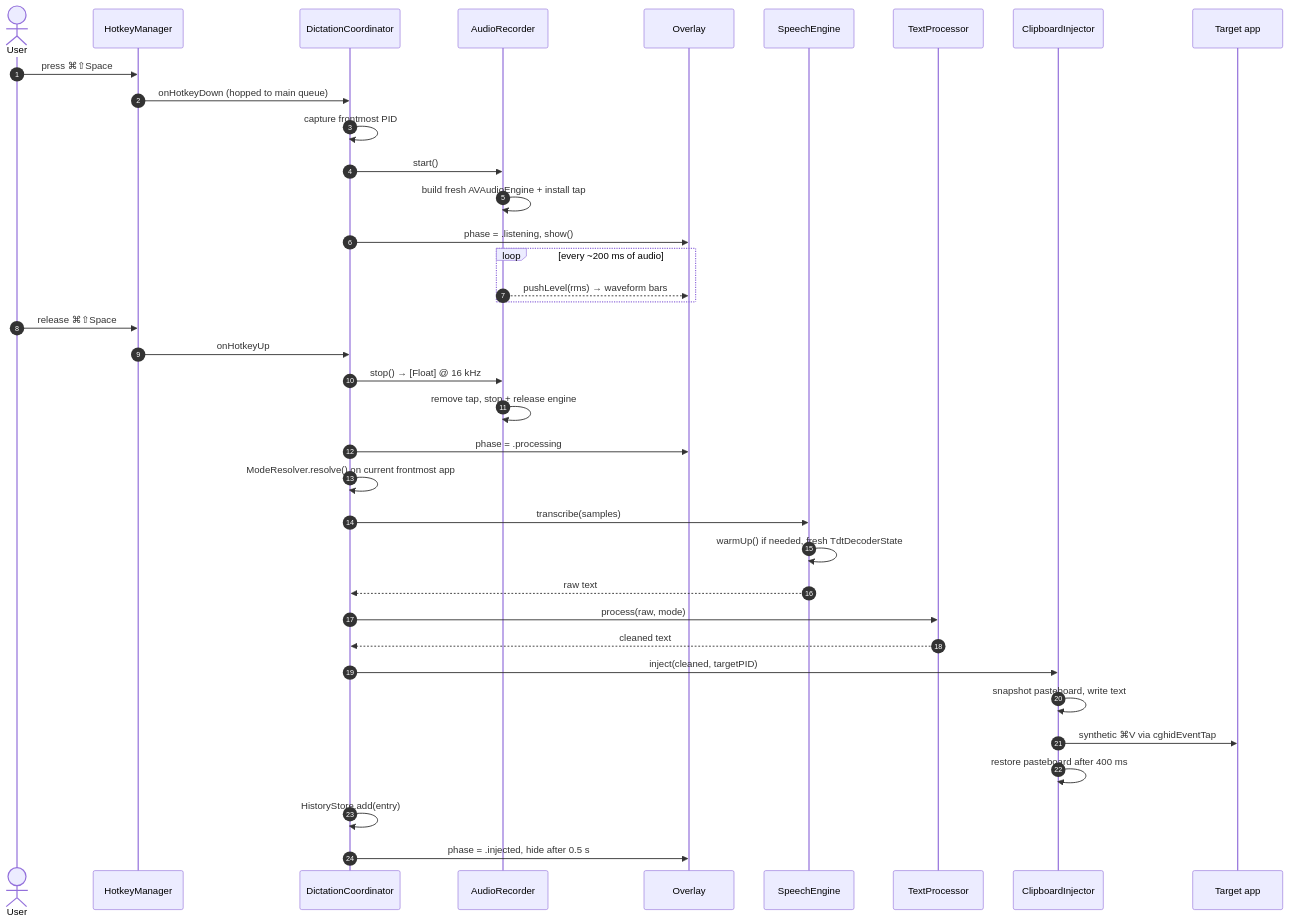
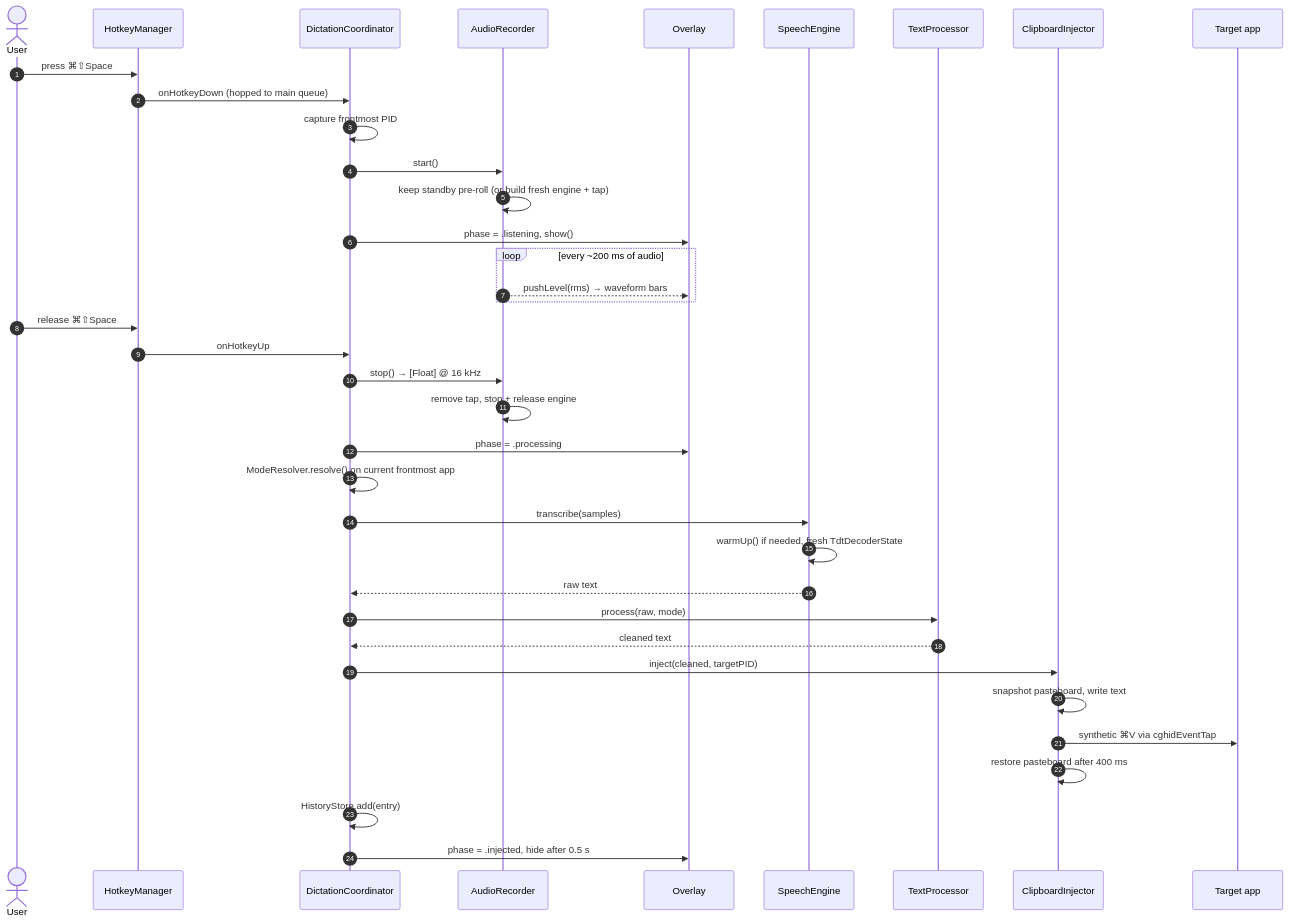
The second of 11 diagrams in docs/ARCHITECTURE.md (sanonrickny/KyroVoice), drawn with Mermaid before and after one commit. The commit also changed other lines of this file and 9 other files, not shown here.

````diff
--- a/docs/ARCHITECTURE.md
+++ b/docs/ARCHITECTURE.md
@@ -94,42 +94,42 @@
 ```mermaid
 sequenceDiagram
     autonumber
     actor User
     participant HK as HotkeyManager
     participant DC as DictationCoordinator
     participant AR as AudioRecorder
     participant OV as Overlay
     participant SE as SpeechEngine
     participant TP as TextProcessor
     participant CI as ClipboardInjector
     participant App as Target app
 
     User->>HK: press ⌘⇧Space
     HK->>DC: onHotkeyDown (hopped to main queue)
     DC->>DC: capture frontmost PID
     DC->>AR: start()
-    AR->>AR: build fresh AVAudioEngine + install tap
+    AR->>AR: keep standby pre-roll (or build fresh engine + tap)
     DC->>OV: phase = .listening, show()
     loop every ~200 ms of audio
         AR-->>OV: pushLevel(rms) → waveform bars
     end
 
     User->>HK: release ⌘⇧Space
     HK->>DC: onHotkeyUp
     DC->>AR: stop() → [Float] @ 16 kHz
     AR->>AR: remove tap, stop + release engine
     DC->>OV: phase = .processing
     DC->>DC: ModeResolver.resolve() on current frontmost app
 
     DC->>SE: transcribe(samples)
     SE->>SE: warmUp() if needed, fresh TdtDecoderState
     SE-->>DC: raw text
     DC->>TP: process(raw, mode)
     TP-->>DC: cleaned text
     DC->>CI: inject(cleaned, targetPID)
     CI->>CI: snapshot pasteboard, write text
     CI->>App: synthetic ⌘V via cghidEventTap
     CI->>CI: restore pasteboard after 400 ms
     DC->>DC: HistoryStore.add(entry)
     DC->>OV: phase = .injected, hide after 0.5 s
 ```
````
